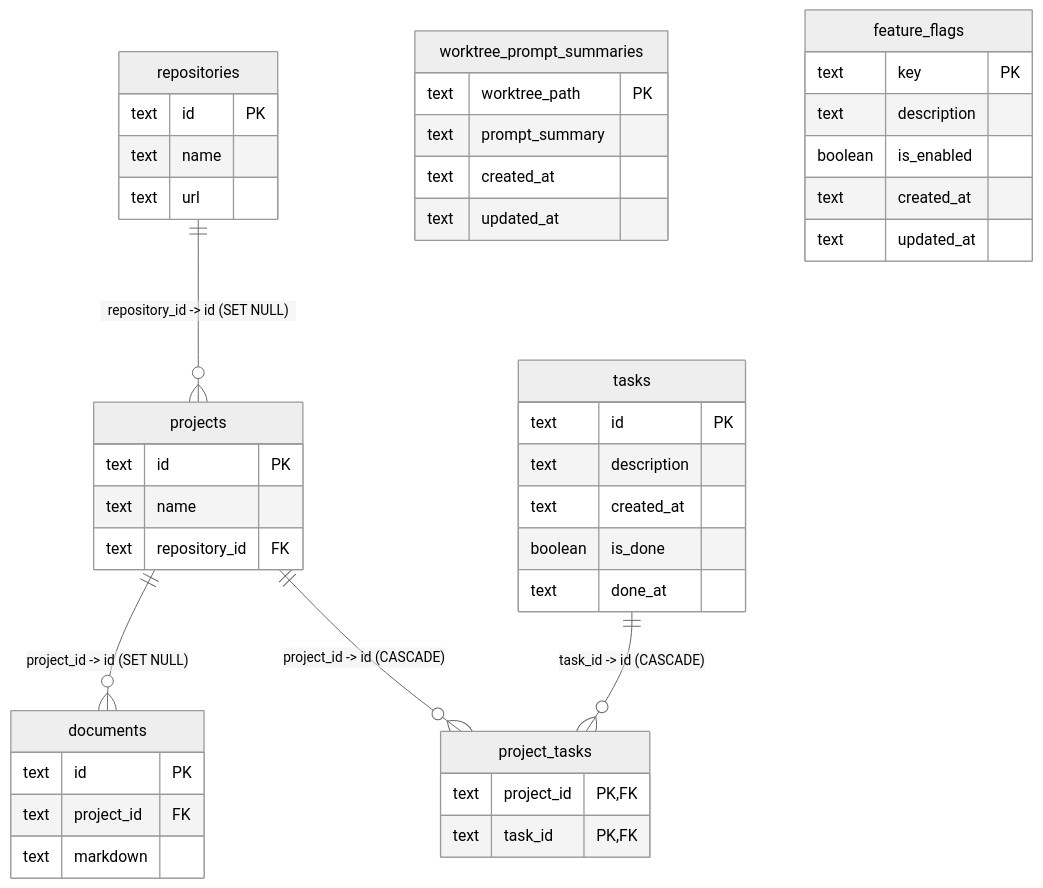
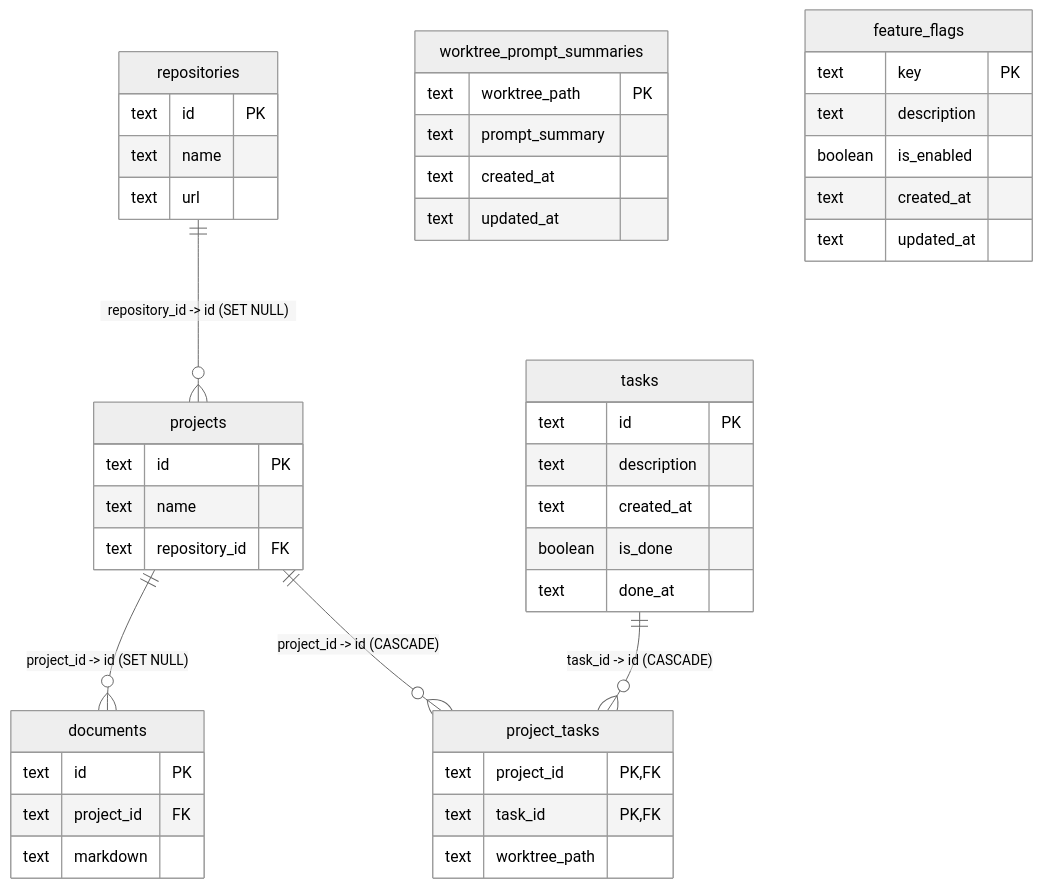
One commit to TurtleStoffel/tektite-console changed the diagram in src/backend/db/local/README.md. Above: the diagram before and after it, drawn with Mermaid (neutral theme). The commit also changed other lines of this file and 9 other files, not shown here.

Commit message:
Add worktree path to project tasks

````diff
--- a/src/backend/db/local/README.md
+++ b/src/backend/db/local/README.md
@@ -7,53 +7,54 @@
 ```mermaid
 erDiagram
     repositories ||--o{ projects : "repository_id -> id (SET NULL)"
     projects ||--o{ documents : "project_id -> id (SET NULL)"
     projects ||--o{ project_tasks : "project_id -> id (CASCADE)"
     tasks ||--o{ project_tasks : "task_id -> id (CASCADE)"
 
     repositories {
         text id PK
         text name
         text url
     }
 
     projects {
         text id PK
         text name
         text repository_id FK
     }
 
     documents {
         text id PK
         text project_id FK
         text markdown
     }
 
     tasks {
         text id PK
         text description
         text created_at
         boolean is_done
         text done_at
     }
 
     project_tasks {
         text project_id PK, FK
         text task_id PK, FK
+        text worktree_path
     }
 
     worktree_prompt_summaries {
         text worktree_path PK
         text prompt_summary
         text created_at
         text updated_at
     }
 
     feature_flags {
         text key PK
         text description
         boolean is_enabled
         text created_at
         text updated_at
     }
 ```
````
